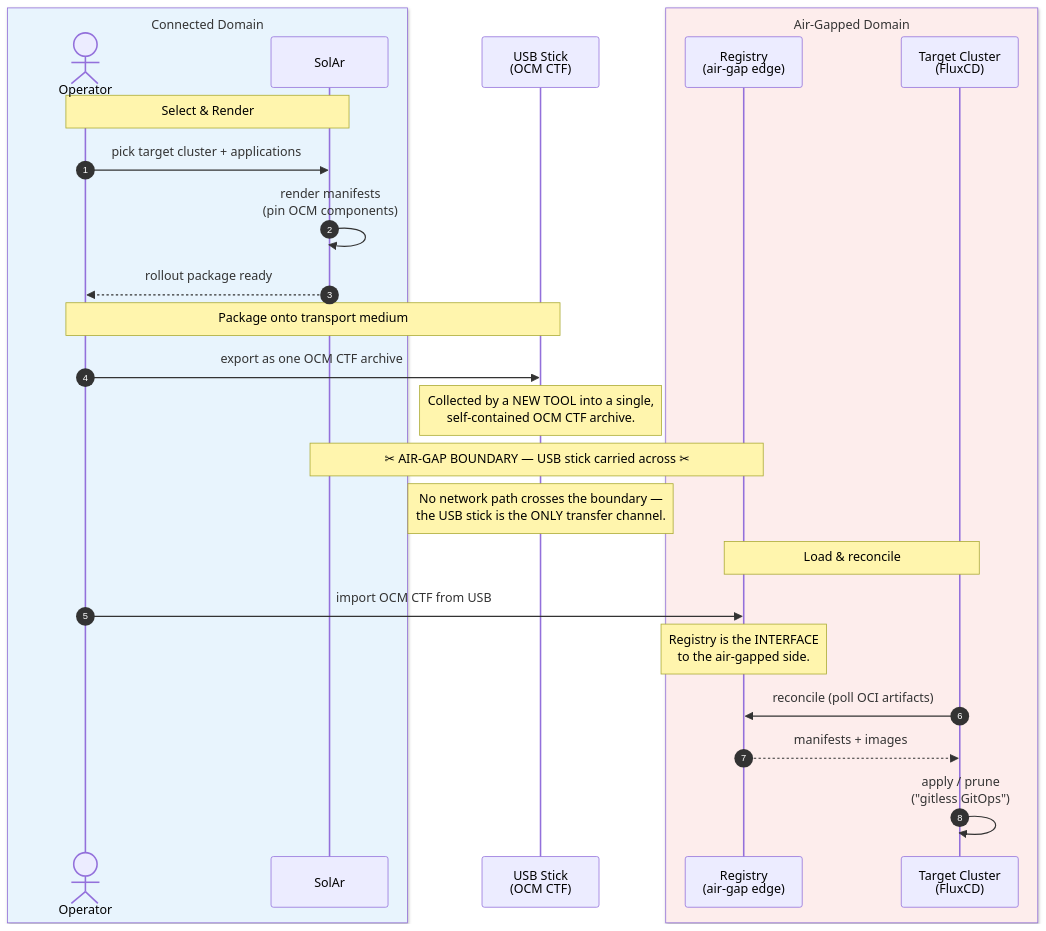
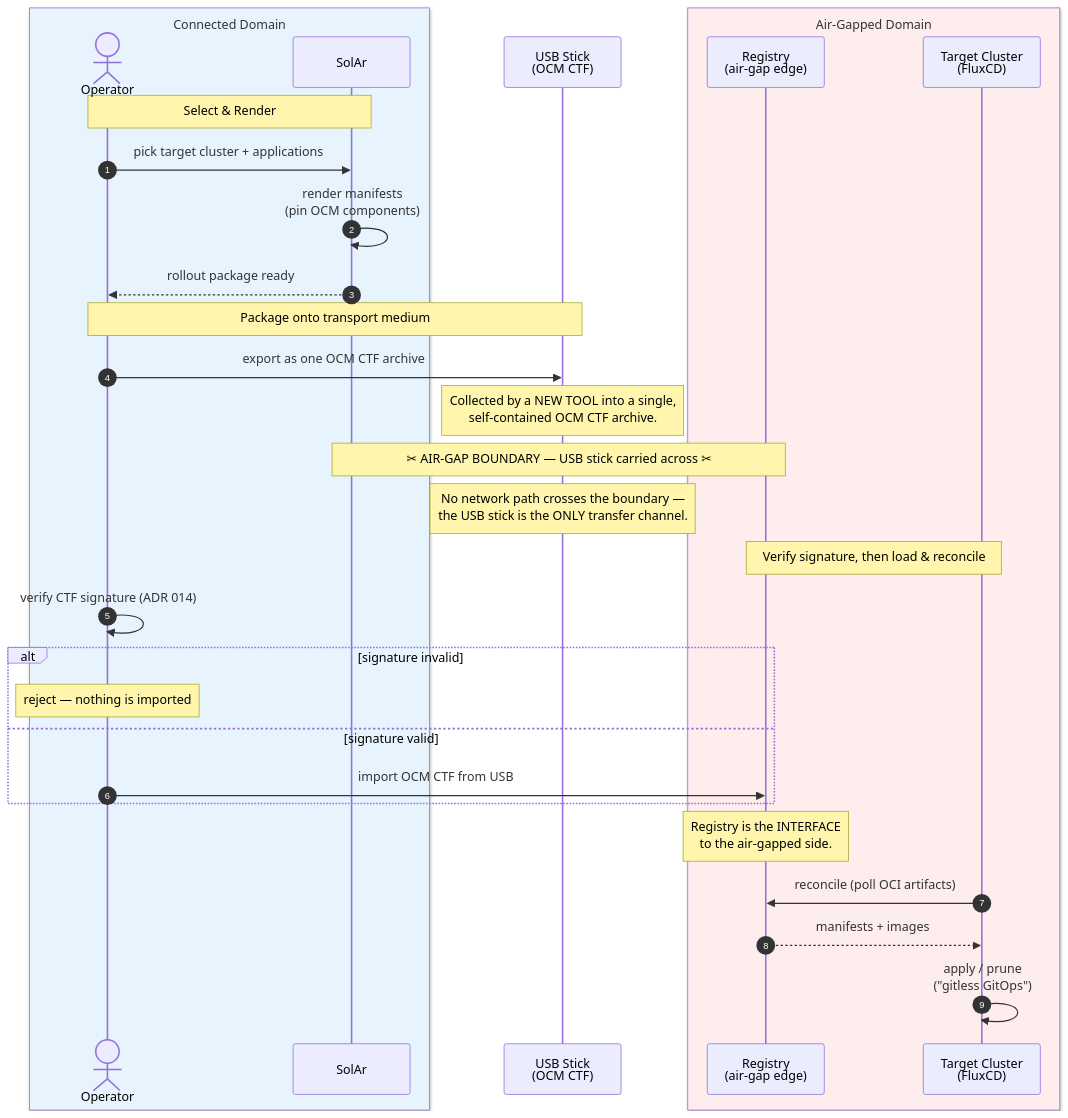
One commit to opendefensecloud/solution-arsenal changed the second of 2 diagrams in docs/developer-guide/adrs/016-airgapped-catalog-chaining.md. Above: the diagram before and after it, drawn with Mermaid. The commit also changed other lines of this file and 2 other files, not shown here.

Commit message:
docs(adr-016): fixed by review comments

````diff
--- a/docs/developer-guide/adrs/016-airgapped-catalog-chaining.md
+++ b/docs/developer-guide/adrs/016-airgapped-catalog-chaining.md
@@ -181,35 +191,40 @@
 ```mermaid
 sequenceDiagram
     autonumber
 
     box rgb(232,244,253) Connected Domain
         actor User as Operator
         participant SolAr as SolAr
     end
 
     participant USB as USB Stick<br/>(OCM CTF)
 
     box rgb(253,237,236) Air-Gapped Domain
         participant Reg as Registry<br/>(air-gap edge)
         participant Cluster as Target Cluster<br/>(FluxCD)
     end
 
     Note over User,SolAr: Select & Render
     User->>SolAr: pick target cluster + applications
     SolAr->>SolAr: render manifests<br/>(pin OCM components)
     SolAr-->>User: rollout package ready
 
     Note over User,USB: Package onto transport medium
     User->>USB: export as one OCM CTF archive
     Note over USB: Collected by a NEW TOOL into a single,<br/>self-contained OCM CTF archive.
 
     Note over SolAr,Reg: ✂ AIR-GAP BOUNDARY — USB stick carried across ✂
     Note over USB: No network path crosses the boundary —<br/>the USB stick is the ONLY transfer channel.
 
-    Note over Reg,Cluster: Load & reconcile
-    User->>Reg: import OCM CTF from USB
+    Note over Reg,Cluster: Verify signature, then load & reconcile
+    User->>User: verify CTF signature (ADR 014)
+    alt signature invalid
+        Note over User: reject — nothing is imported
+    else signature valid
+        User->>Reg: import OCM CTF from USB
+    end
     Note over Reg: Registry is the INTERFACE<br/>to the air-gapped side.
     Cluster->>Reg: reconcile (poll OCI artifacts)
     Reg-->>Cluster: manifests + images
     Cluster->>Cluster: apply / prune<br/>("gitless GitOps")
 ```
````
